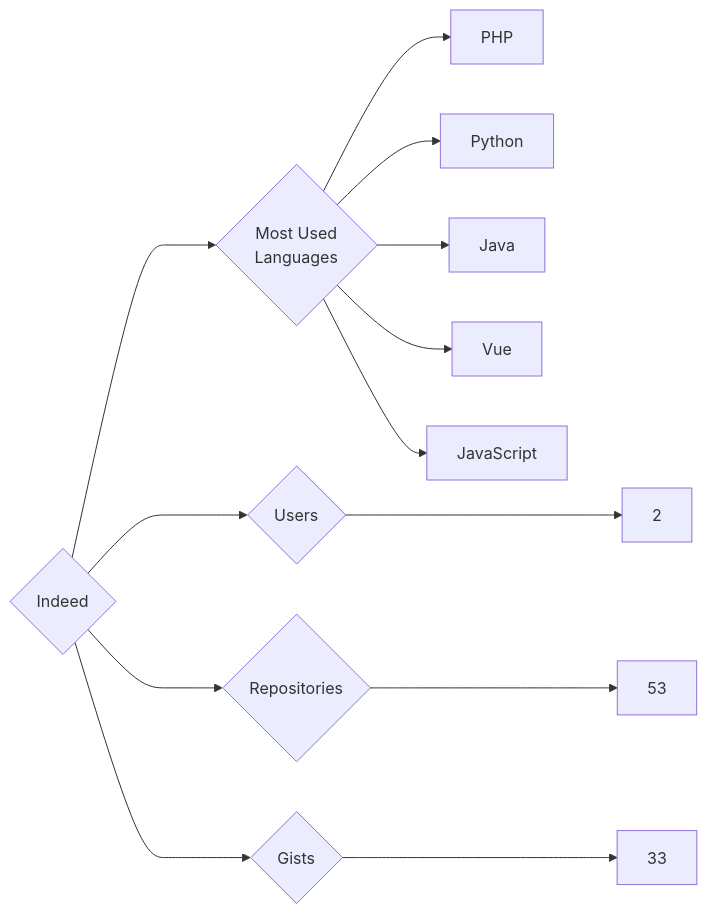
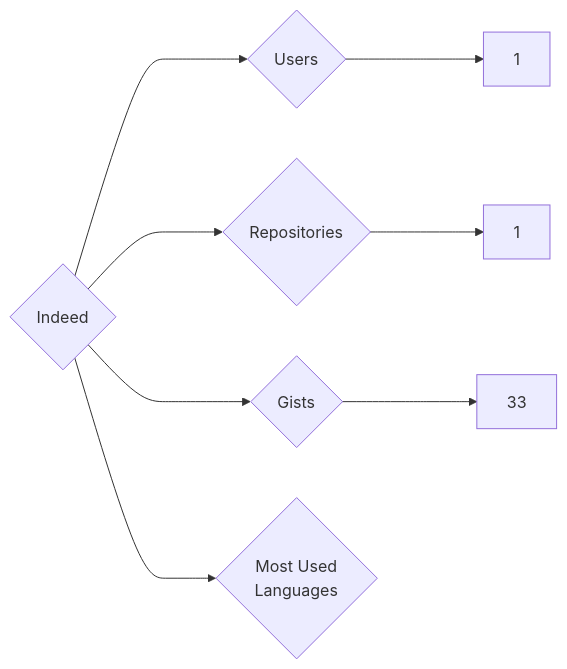
One commit to trickest/insiders changed the diagram in targets/Indeed/README.md. Above: the diagram before and after it, drawn with Mermaid. The commit also changed 1055 other files, not shown here.

````diff
--- a/targets/Indeed/README.md
+++ b/targets/Indeed/README.md
@@ -3,13 +3,8 @@
 ```mermaid
 graph LR
 COMPANY_NAME{Indeed}
-COMPANY_NAME ---> U{Users} ---> UN[2]
-COMPANY_NAME ---> R{Repositories} ---> RN[53]
+COMPANY_NAME ---> U{Users} ---> UN[1]
+COMPANY_NAME ---> R{Repositories} ---> RN[1]
 COMPANY_NAME ---> G{Gists} ---> GN[33]
 COMPANY_NAME ---> ML{Most Used<br>Languages}
-ML --> PHP[PHP]
-ML --> Python[Python]
-ML --> Java[Java]
-ML --> Vue[Vue]
-ML --> JavaScript[JavaScript]
 ```
````
